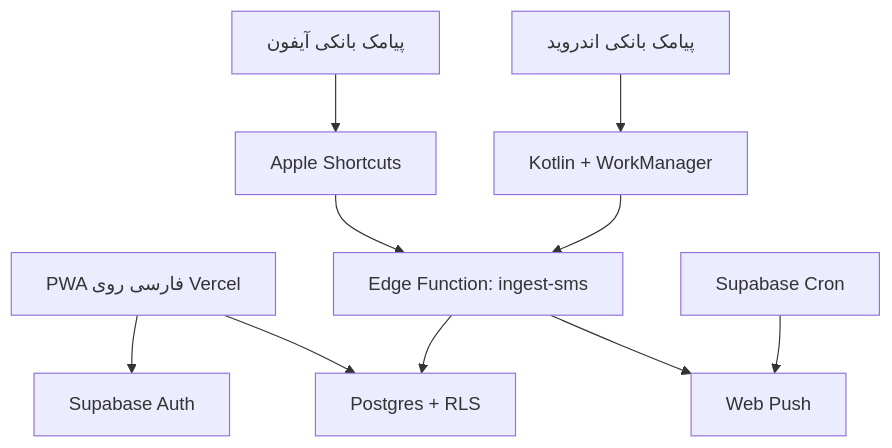
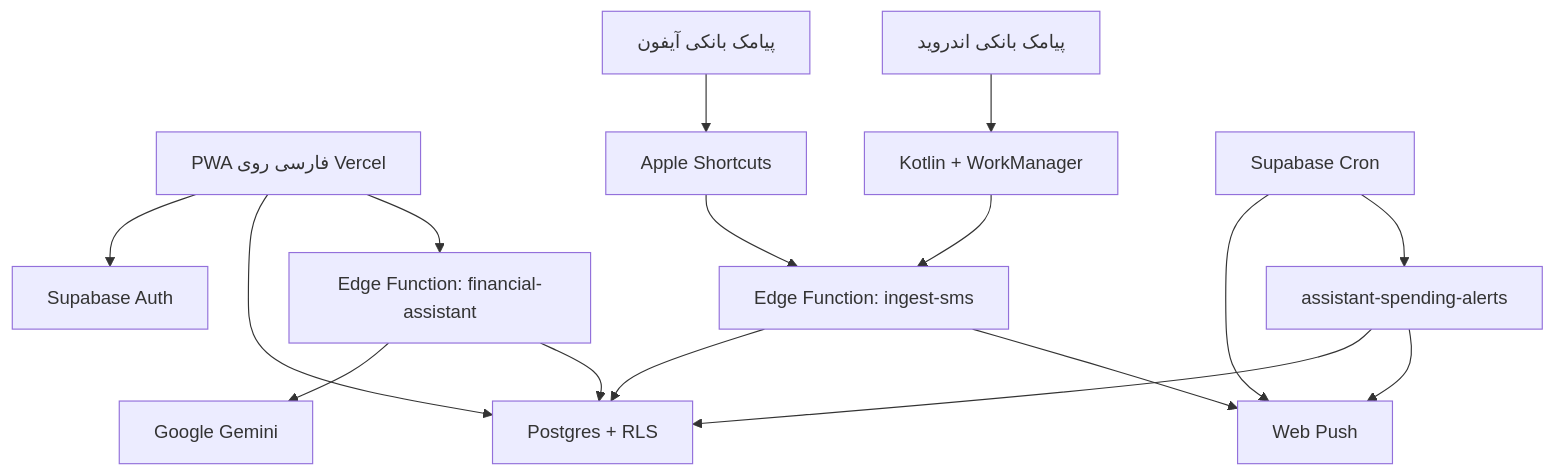
One commit to arschia/darayiban changed the diagram in README.md. Above: the diagram before and after it, drawn with Mermaid. The commit also changed other lines of this file and 2 other files, not shown here.

Commit message:
Document Gemini financial assistant in project overview and architecture

````diff
--- a/README.md
+++ b/README.md
@@ -50,12 +70,18 @@
 ```mermaid
 flowchart TD
   UI["PWA فارسی روی Vercel"] --> AUTH["Supabase Auth"]
   UI --> DATA["Postgres + RLS"]
+  UI --> ASSISTANT["Edge Function: financial-assistant"]
+  ASSISTANT --> GEMINI["Google Gemini"]
+  ASSISTANT --> DATA
   IOS["پیامک بانکی آیفون"] --> SHORTCUT["Apple Shortcuts"]
   ANDROID["پیامک بانکی اندروید"] --> NATIVE["Kotlin + WorkManager"]
   SHORTCUT --> EDGE["Edge Function: ingest-sms"]
   NATIVE --> EDGE
   EDGE --> DATA
   EDGE --> PUSH["Web Push"]
   CRON["Supabase Cron"] --> PUSH
+  CRON --> ALERTS["assistant-spending-alerts"]
+  ALERTS --> DATA
+  ALERTS --> PUSH
 ```
````
